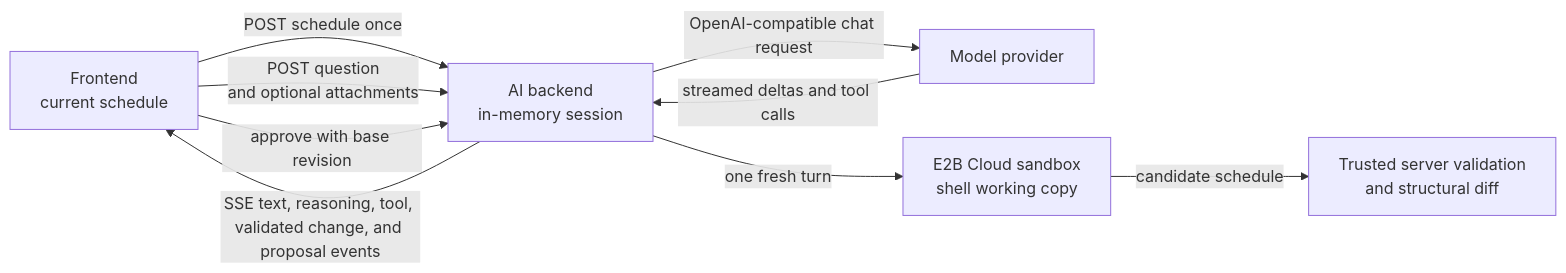
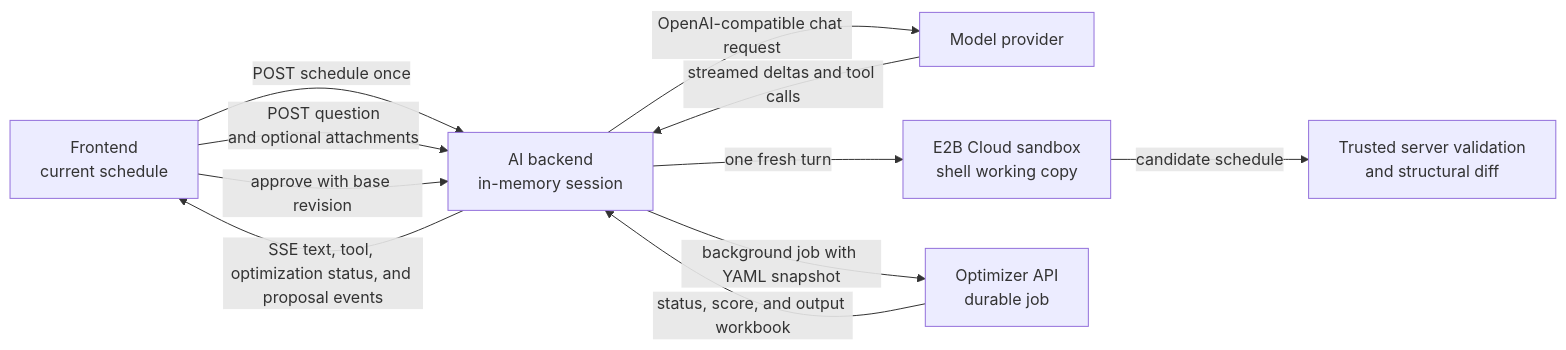
One commit to j3soon/nurse-scheduling changed the diagram in docs/content/ai-assistant.md. Above: the diagram before and after it, drawn with Mermaid. The commit also changed other lines of this file and 19 other files, not shown here.

First line of the commit message:
feat(ai): add background optimizer tool

````diff
--- a/docs/content/ai-assistant.md
+++ b/docs/content/ai-assistant.md
@@ -47,11 +47,13 @@
 ```mermaid
 flowchart LR
     Browser[Frontend<br/>current schedule] -->|POST schedule once| Session[AI backend<br/>in-memory session]
     Browser -->|POST question<br/>and optional attachments| Session
     Session -->|OpenAI-compatible chat request| Provider[Model provider]
     Provider -->|streamed deltas and tool calls| Session
     Session -->|one fresh turn| Sandbox[E2B Cloud sandbox<br/>shell working copy]
+    Session -->|background job with YAML snapshot| Optimizer[Optimizer API<br/>durable job]
+    Optimizer -->|status, score, and output workbook| Session
     Sandbox -->|candidate schedule| Validation[Trusted server validation<br/>and structural diff]
-    Session -->|SSE text, reasoning, tool, validated change, and proposal events| Browser
+    Session -->|SSE text, tool, optimization status, and proposal events| Browser
     Browser -->|approve with base revision| Session
 ```
````
